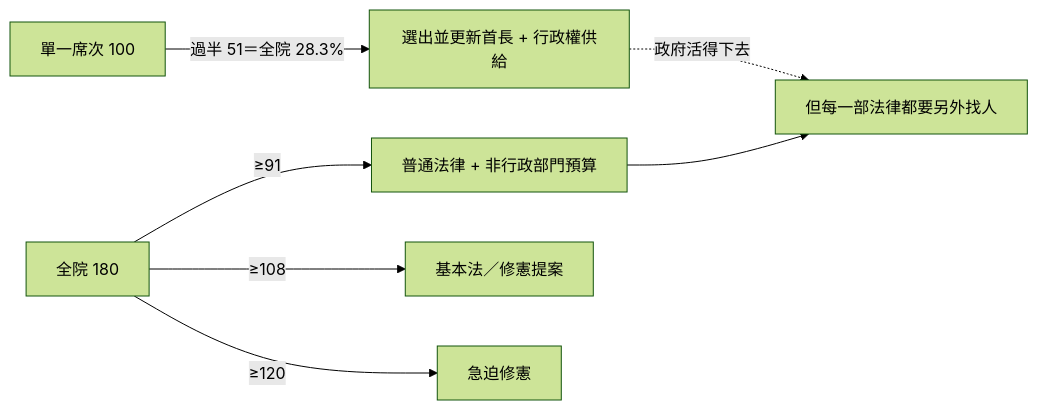
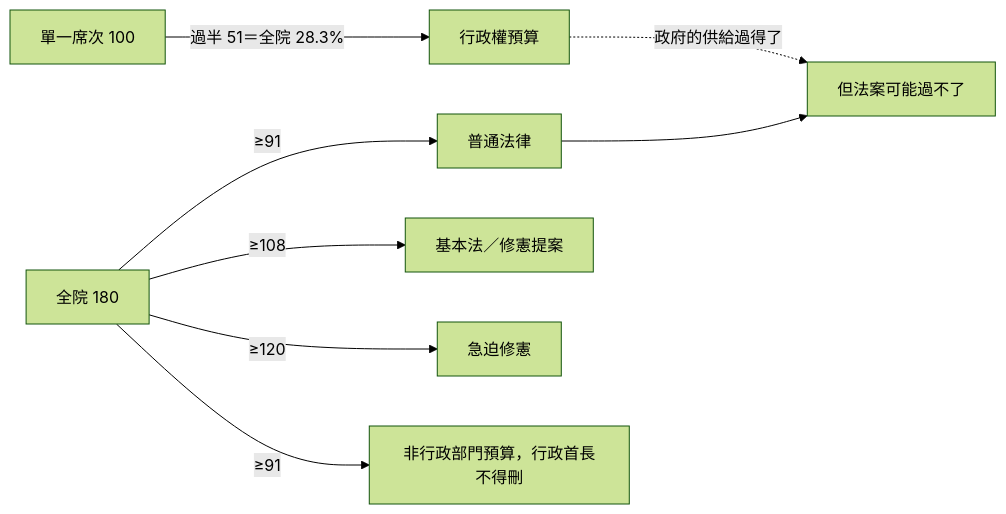
The fifth of 10 diagrams in topics/regime-designs/designs/台灣/一院議會制/憲政架構圖.md (IRonROOT578/Political-Economy-Research-Public), drawn with Mermaid (forest theme) before and after one commit. The commit also changed other lines of this file and 128 other files, not shown here.

````diff
--- a/topics/regime-designs/designs/台灣/一院議會制/憲政架構圖.md
+++ b/topics/regime-designs/designs/台灣/一院議會制/憲政架構圖.md
@@ -71,9 +66,10 @@
 ```mermaid
 flowchart LR
-  SMD[單一席次 100] -->|過半 51＝全院 28.3%| Gov[選出並更新首長 + 行政權供給]
-  All[全院 180] -->|≥91| LawT[普通法律 + 非行政部門預算]
+  SMD[單一席次 100] -->|過半 51＝全院 28.3%| Money[行政權預算]
+  All[全院 180] -->|≥91| LawT[普通法律]
   All -->|≥108| Basic[基本法／修憲提案]
   All -->|≥120| Urgent[急迫修憲]
-  Gov -.->|政府活得下去| Note[但每一部法律都要另外找人]
+  All -->|≥91| OthBud[非行政部門預算，行政首長不得刪]
+  Money -.->|政府的供給過得了| Note[但法案可能過不了]
   LawT --> Note
 ```
````
